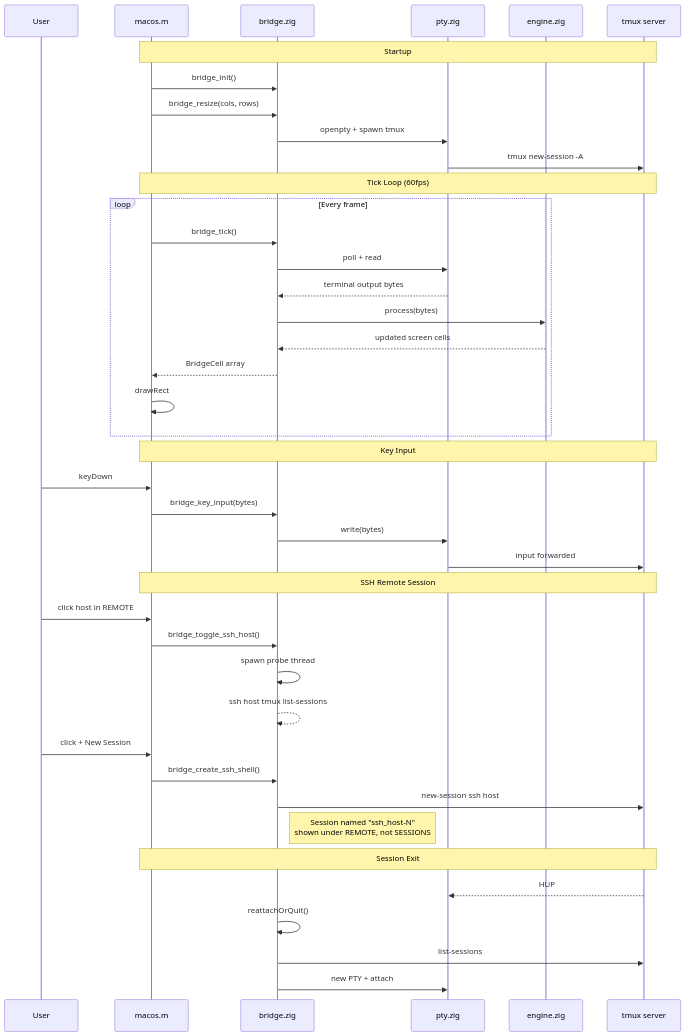
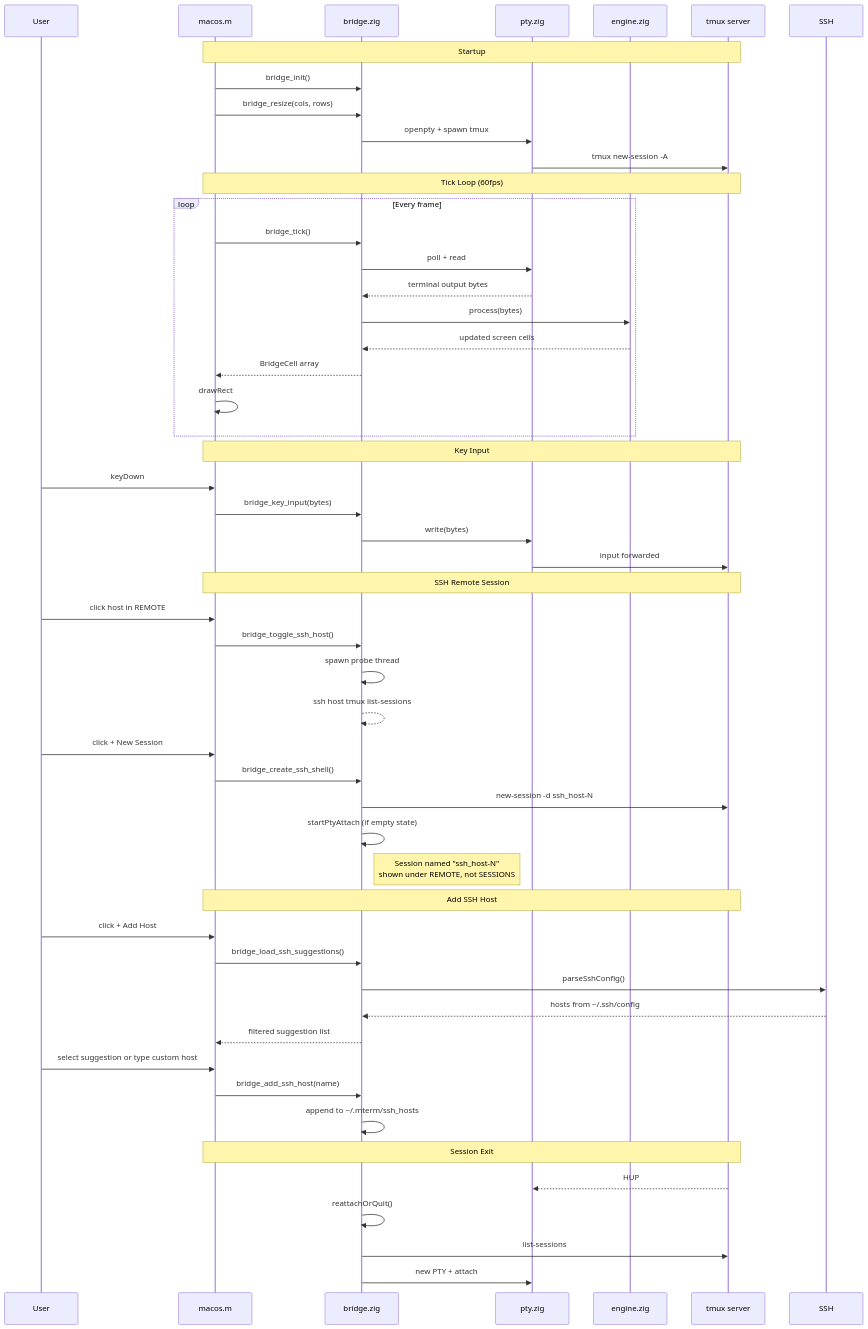
One commit to Cypressxyx/MultiplexTerm changed the second of 2 diagrams in AGENTS.md. Above: the diagram before and after it, drawn with Mermaid. The commit also changed other lines of this file and 3 other files, not shown here.

First line of the commit message:
Overhaul SSH host management: mterm-owned host list, remove host button, ssh config suggestions

````diff
--- a/AGENTS.md
+++ b/AGENTS.md
@@ -99,48 +99,59 @@
 ```mermaid
 sequenceDiagram
     participant User
     participant GUI as macos.m
     participant Bridge as bridge.zig
     participant PTY as pty.zig
     participant Engine as engine.zig
     participant Tmux as tmux server
 
     Note over GUI,Tmux: Startup
     GUI->>Bridge: bridge_init()
     GUI->>Bridge: bridge_resize(cols, rows)
     Bridge->>PTY: openpty + spawn tmux
     PTY->>Tmux: tmux new-session -A
 
     Note over GUI,Tmux: Tick Loop (60fps)
     loop Every frame
         GUI->>Bridge: bridge_tick()
         Bridge->>PTY: poll + read
         PTY-->>Bridge: terminal output bytes
         Bridge->>Engine: process(bytes)
         Engine-->>Bridge: updated screen cells
         Bridge-->>GUI: BridgeCell array
         GUI->>GUI: drawRect
     end
 
     Note over GUI,Tmux: Key Input
     User->>GUI: keyDown
     GUI->>Bridge: bridge_key_input(bytes)
     Bridge->>PTY: write(bytes)
     PTY->>Tmux: input forwarded
 
     Note over GUI,Tmux: SSH Remote Session
     User->>GUI: click host in REMOTE
     GUI->>Bridge: bridge_toggle_ssh_host()
     Bridge->>Bridge: spawn probe thread
     Bridge-->>Bridge: ssh host tmux list-sessions
     User->>GUI: click + New Session
     GUI->>Bridge: bridge_create_ssh_shell()
-    Bridge->>Tmux: new-session ssh host
+    Bridge->>Tmux: new-session -d ssh_host-N
+    Bridge->>Bridge: startPtyAttach (if empty state)
     Note right of Bridge: Session named "ssh_host-N"<br/>shown under REMOTE, not SESSIONS
+
+    Note over GUI,Tmux: Add SSH Host
+    User->>GUI: click + Add Host
+    GUI->>Bridge: bridge_load_ssh_suggestions()
+    Bridge->>SSH: parseSshConfig()
+    SSH-->>Bridge: hosts from ~/.ssh/config
+    Bridge-->>GUI: filtered suggestion list
+    User->>GUI: select suggestion or type custom host
+    GUI->>Bridge: bridge_add_ssh_host(name)
+    Bridge->>Bridge: append to ~/.mterm/ssh_hosts
 
     Note over GUI,Tmux: Session Exit
     Tmux-->>PTY: HUP
     Bridge->>Bridge: reattachOrQuit()
     Bridge->>Tmux: list-sessions
     Bridge->>PTY: new PTY + attach
 ```
````
